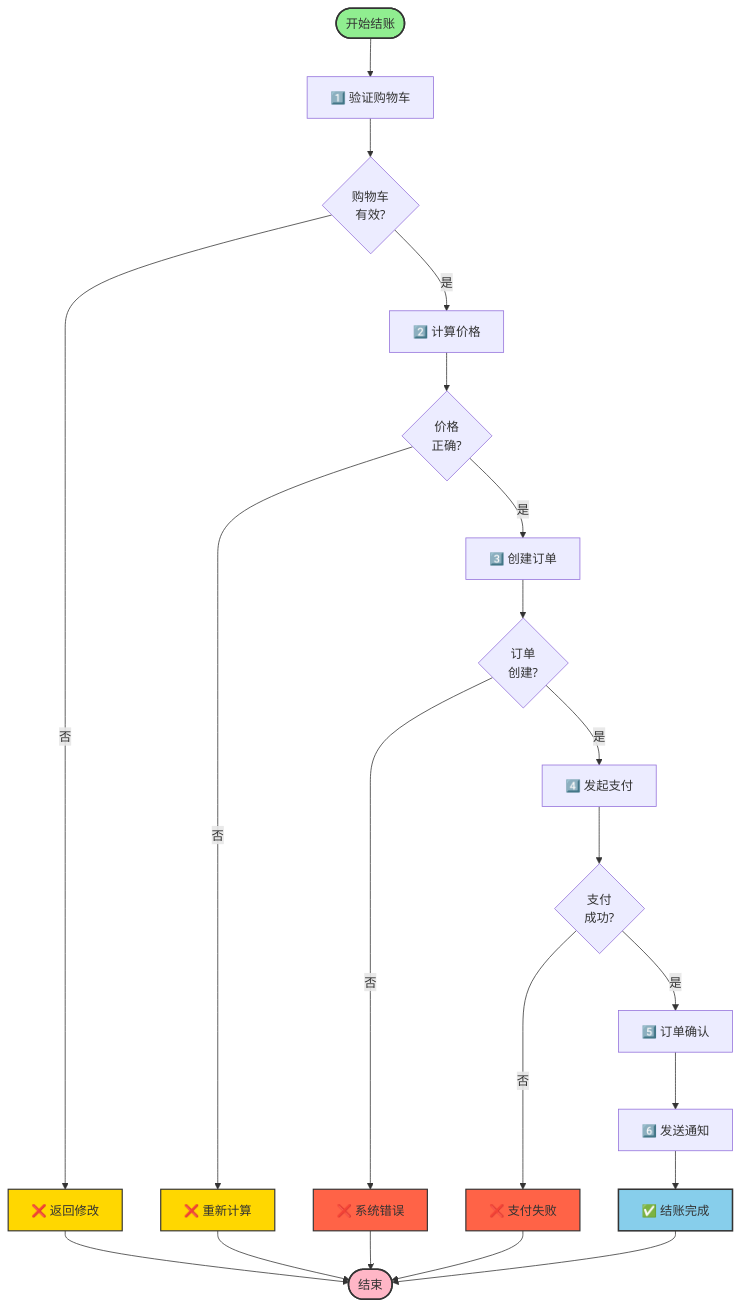
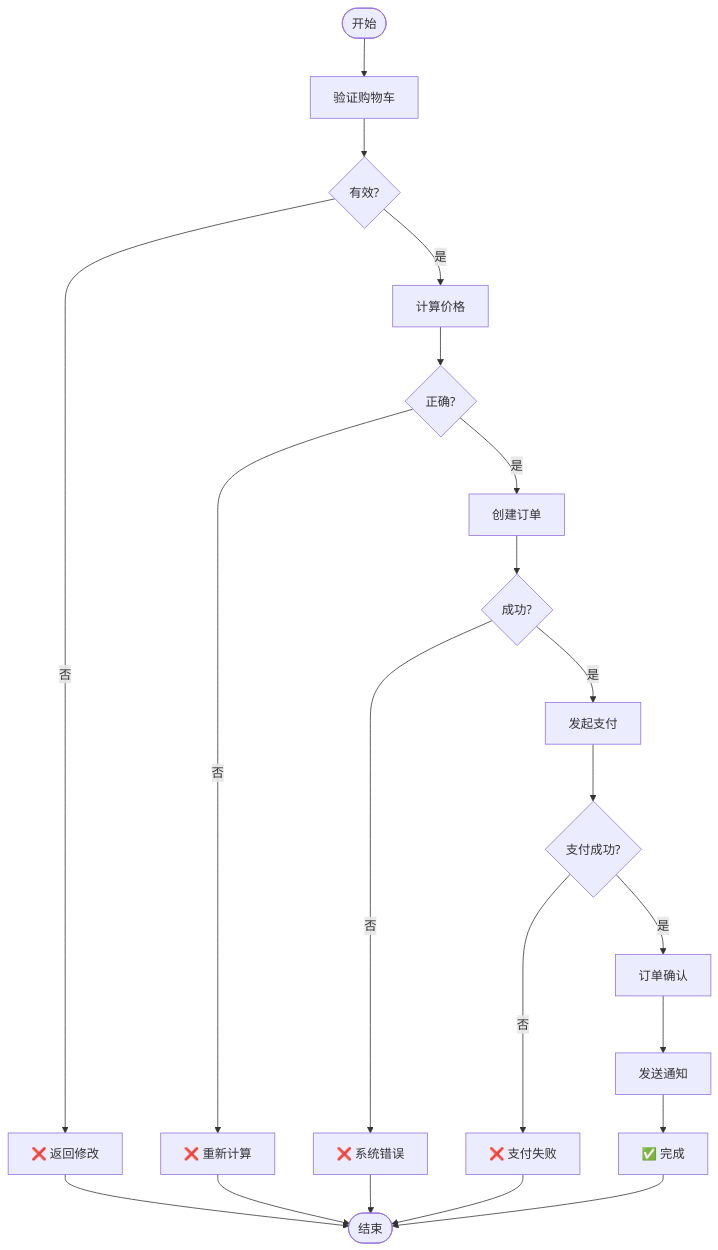
The diagram in examples/checkout_flow.mmd (Hao430/mermaid-cli), drawn with Mermaid before and after one commit. The commit also changed 1 other file, not shown here.

Commit message:
fix: 流程图样式定义 bug — 移除 style 命令
问题：
- 样式定义（style 命令）被 Mermaid 解析器误解析成节点
- 导致第一层显示样式代码作为节点标签

解决方案：
- 移除所有 style 定义
- 使用基础语法（无自定义颜色）
- 保持流程逻辑完整清晰

改进后：
- 清晰的竖向布局
- 4 个决策点明确显示
- 4 个错误分支清晰可见
- 所有文本中文完全支持

输出：checkout_flow.png（清晰、无 bug）

备注：这是 Mermaid 解析器对 style 命令的已知问题
后续可以用 classDef 代替 style

```diff
--- a/examples/checkout_flow.mmd
+++ b/examples/checkout_flow.mmd
@@ -1,33 +1,25 @@
 flowchart TD
-    Start([开始结账]) --> A["1️⃣ 验证购物车"]
-    A --> B{"购物车<br/>有效?"}
-    B -->|否| Err1["❌ 返回修改"]
-    Err1 --> End([结束])
+    Start([开始]) --> Step1["验证购物车"]
+    Step1 --> Decision1{有效?}
+    Decision1 -->|否| Error1["❌ 返回修改"]
+    Error1 --> End([结束])
+    Decision1 -->|是| Step2["计算价格"]
 
-    B -->|是| C["2️⃣ 计算价格"]
-    C --> D{"价格<br/>正确?"}
-    D -->|否| Err2["❌ 重新计算"]
-    Err2 --> End
+    Step2 --> Decision2{正确?}
+    Decision2 -->|否| Error2["❌ 重新计算"]
+    Error2 --> End
+    Decision2 -->|是| Step3["创建订单"]
 
-    D -->|是| E["3️⃣ 创建订单"]
-    E --> F{"订单<br/>创建?"}
-    F -->|否| Err3["❌ 系统错误"]
-    Err3 --> End
+    Step3 --> Decision3{成功?}
+    Decision3 -->|否| Error3["❌ 系统错误"]
+    Error3 --> End
+    Decision3 -->|是| Step4["发起支付"]
 
-    F -->|是| G["4️⃣ 发起支付"]
-    G --> H{"支付<br/>成功?"}
-    H -->|否| Err4["❌ 支付失败"]
-    Err4 --> End
+    Step4 --> Decision4{支付成功?}
+    Decision4 -->|否| Error4["❌ 支付失败"]
+    Error4 --> End
+    Decision4 -->|是| Step5["订单确认"]
 
-    H -->|是| I["5️⃣ 订单确认"]
-    I --> J["6️⃣ 发送通知"]
-    J --> K["✅ 结账完成"]
-    K --> End
-
-    style Start fill:#90EE90,stroke:#333,stroke-width:2px
-    style End fill:#FFB6C6,stroke:#333,stroke-width:2px
-    style K fill:#87CEEB,stroke:#333,stroke-width:2px
-    style Err1 fill:#FFD700,stroke:#333,stroke-width:1.5px
-    style Err2 fill:#FFD700,stroke:#333,stroke-width:1.5px
-    style Err3 fill:#FF6347,stroke:#333,stroke-width:1.5px
-    style Err4 fill:#FF6347,stroke:#333,stroke-width:1.5px
+    Step5 --> Step6["发送通知"]
+    Step6 --> Success["✅ 完成"]
+    Success --> End
```
